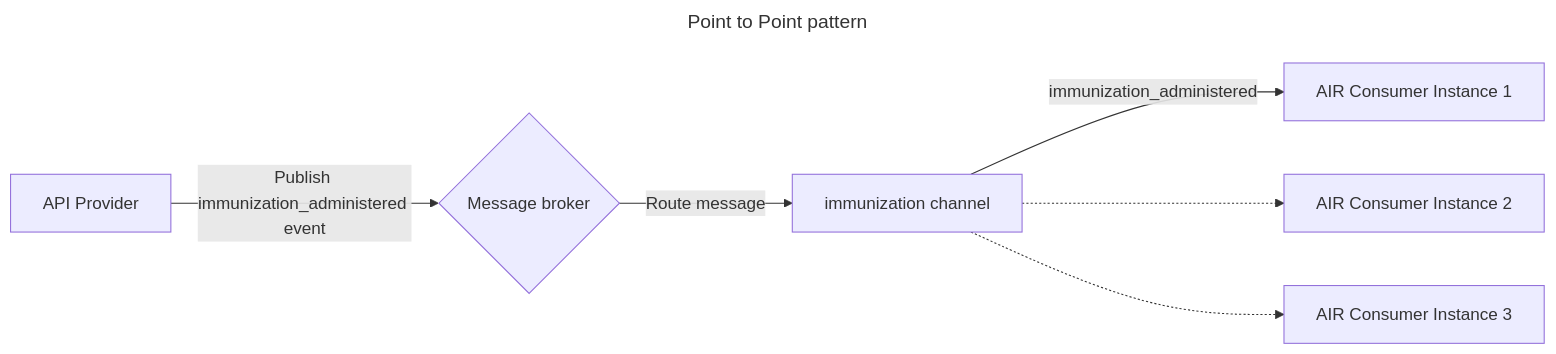
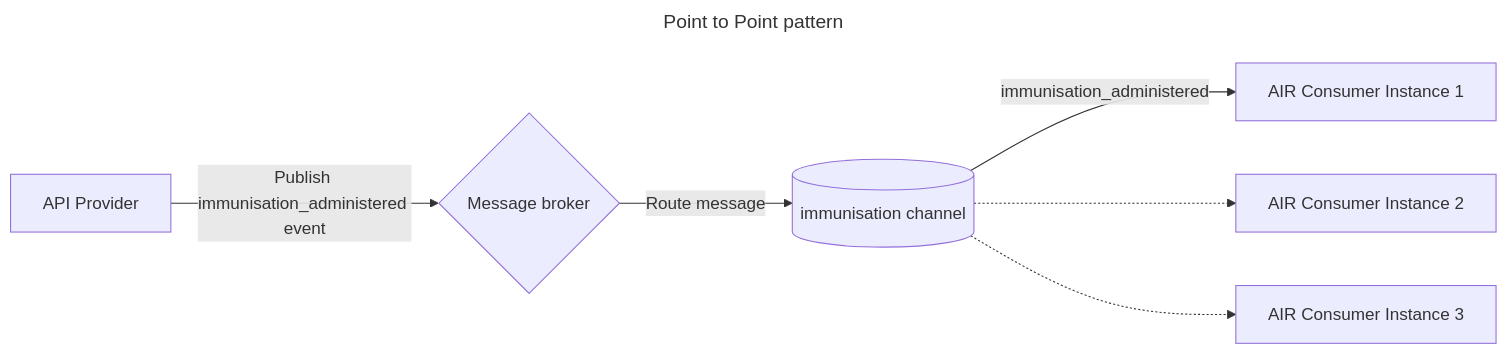
The diagram in docs/api-development/Asynchronous APIs/Async Patterns/03-PointToPoint.md (tewhatuora/api-standards), drawn with Mermaid before and after one commit. The commit also changed other lines of this file and 9 other files, not shown here.

````diff
--- a/docs/api-development/Asynchronous APIs/Async Patterns/03-PointToPoint.md
+++ b/docs/api-development/Asynchronous APIs/Async Patterns/03-PointToPoint.md
@@ -13,13 +13,13 @@
 ```mermaid
 ---
 title: Point to Point pattern
 ---
 flowchart LR
     accTitle: Point to point diagram
     accDescr: Flow diagram showing Point to point pattern
-    A[API Provider] -->|Publish immunization_administered event| C{Message broker}
-    C --> |Route message| D[immunization channel]
-    D -->|immunization_administered| E[AIR Consumer Instance 1]
+    A[API Provider] -->|Publish immunisation_administered event| C{Message broker}
+    C --> |Route message| D[(immunisation channel)]
+    D -->|immunisation_administered| E[AIR Consumer Instance 1]
     D -.-> F[AIR Consumer Instance 2]
     D -.-> G[AIR Consumer Instance 3]
 ```
````
